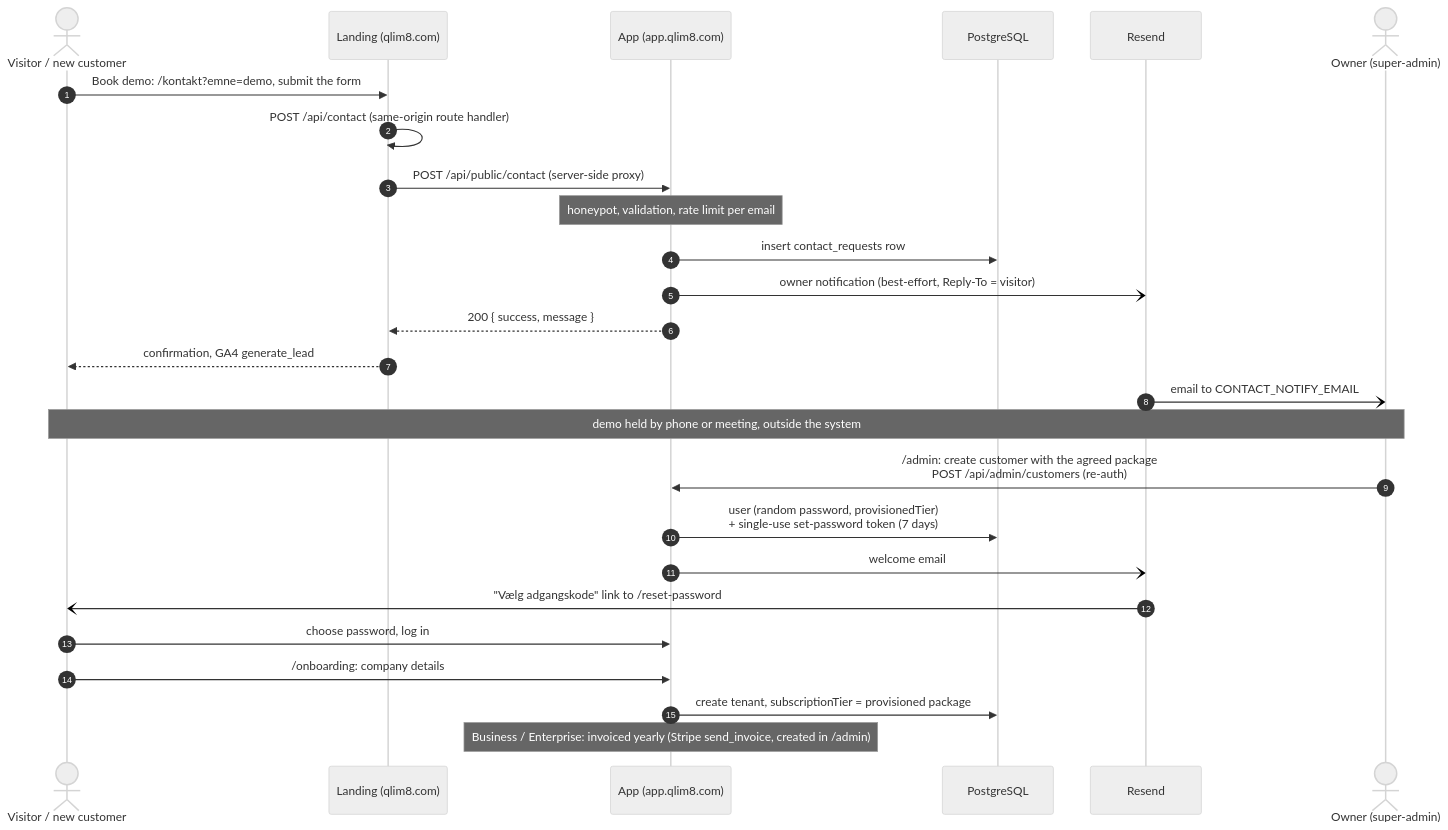
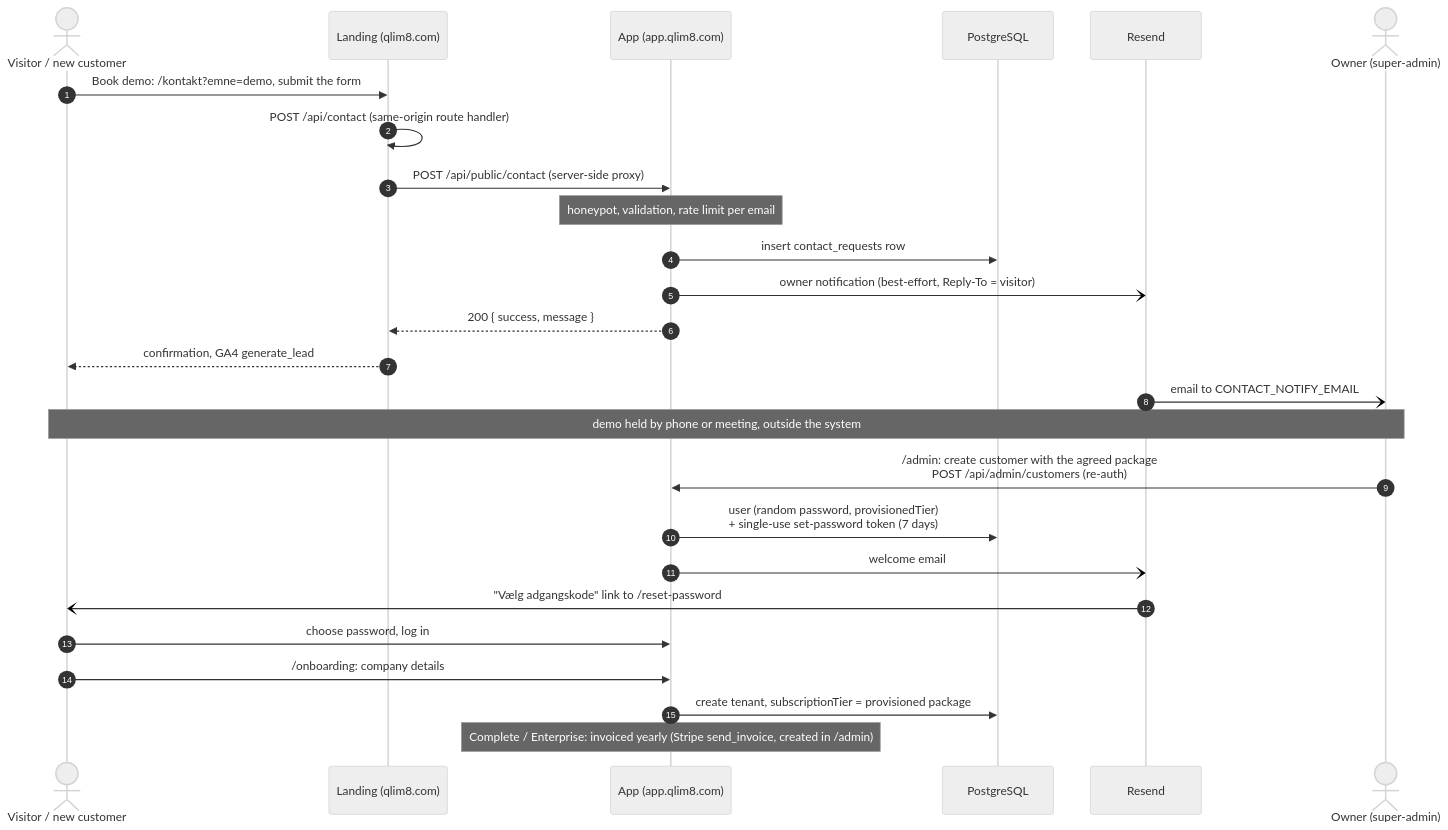
One commit to madsdlund-nielsen/qlim8-landing changed the tenth of 13 diagrams in docs/da/architecture/system-architecture.md. Above: the diagram before and after it, drawn with Mermaid (neutral theme). The commit also changed other lines of this file and 40 other files, not shown here.

````diff
--- a/docs/da/architecture/system-architecture.md
+++ b/docs/da/architecture/system-architecture.md
@@ -695,29 +695,29 @@
 ```mermaid
 sequenceDiagram
   autonumber
   actor V as Visitor / new customer
   participant L as Landing (qlim8.com)
   participant A as App (app.qlim8.com)
   participant DB as PostgreSQL
   participant R as Resend
   actor O as Owner (super-admin)
 
   V->>L: Book demo: /kontakt?emne=demo, submit the form
   L->>L: POST /api/contact (same-origin route handler)
   L->>A: POST /api/public/contact (server-side proxy)
   Note over A: honeypot, validation, rate limit per email
   A->>DB: insert contact_requests row
   A-)R: owner notification (best-effort, Reply-To = visitor)
   A-->>L: 200 { success, message }
   L-->>V: confirmation, GA4 generate_lead
   R-)O: email to CONTACT_NOTIFY_EMAIL
   Note over V,O: demo held by phone or meeting, outside the system
   O->>A: /admin: create customer with the agreed package<br/>POST /api/admin/customers (re-auth)
   A->>DB: user (random password, provisionedTier)<br/>+ single-use set-password token (7 days)
   A-)R: welcome email
   R-)V: "Vælg adgangskode" link to /reset-password
   V->>A: choose password, log in
   V->>A: /onboarding: company details
   A->>DB: create tenant, subscriptionTier = provisioned package
-  Note over A: Business / Enterprise: invoiced yearly (Stripe send_invoice, created in /admin)
+  Note over A: Complete / Enterprise: invoiced yearly (Stripe send_invoice, created in /admin)
 ```
````
